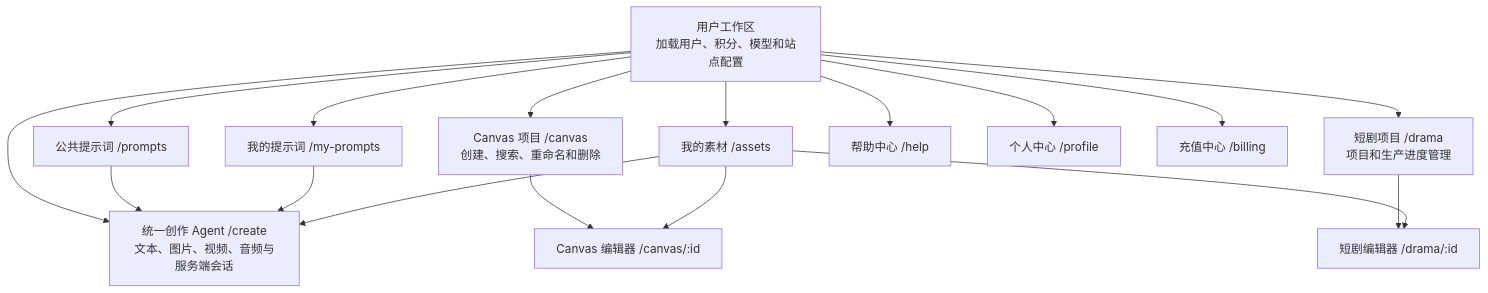
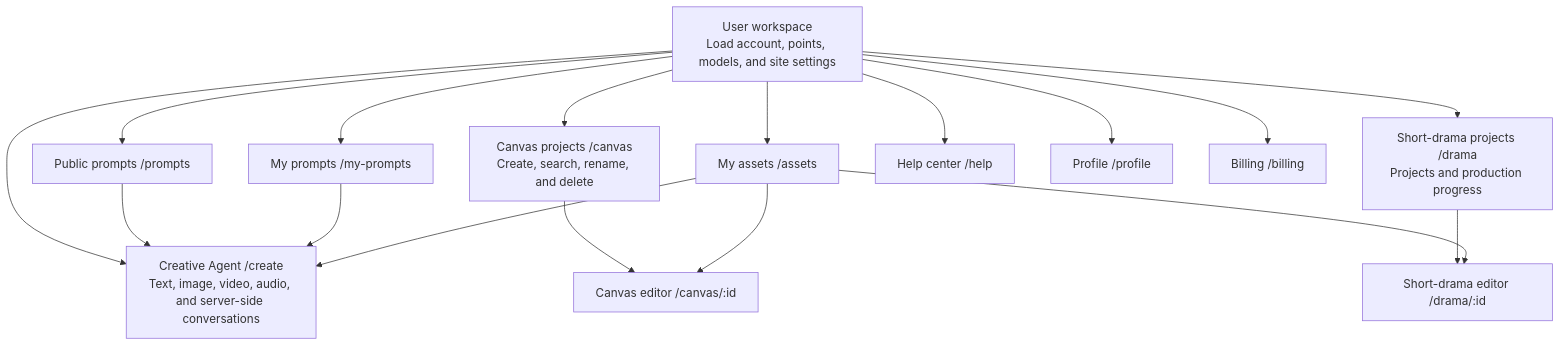
The second of 9 diagrams in README.md (fandy20082008/GoldCube), drawn with Mermaid before and after one commit. The commit also changed other lines of this file, not shown here.

````diff
--- a/README.md
+++ b/README.md
@@ -101,25 +100,25 @@
 ```mermaid
 flowchart TB
-    USER["用户工作区<br/>加载用户、积分、模型和站点配置"]
+    USER["User workspace<br/>Load account, points, models, and site settings"]
 
-    USER --> CREATE["统一创作 Agent /create<br/>文本、图片、视频、音频与服务端会话"]
+    USER --> CREATE["Creative Agent /create<br/>Text, image, video, audio, and server-side conversations"]
 
-    USER --> CANVAS["Canvas 项目 /canvas<br/>创建、搜索、重命名和删除"]
-    CANVAS --> CANVAS_ID["Canvas 编辑器 /canvas/:id"]
+    USER --> CANVAS["Canvas projects /canvas<br/>Create, search, rename, and delete"]
+    CANVAS --> CANVAS_ID["Canvas editor /canvas/:id"]
 
-    USER --> DRAMA["短剧项目 /drama<br/>项目和生产进度管理"]
-    DRAMA --> DRAMA_ID["短剧编辑器 /drama/:id"]
+    USER --> DRAMA["Short-drama projects /drama<br/>Projects and production progress"]
+    DRAMA --> DRAMA_ID["Short-drama editor /drama/:id"]
 
-    USER --> PROMPTS["公共提示词 /prompts"]
-    USER --> MY_PROMPTS["我的提示词 /my-prompts"]
-    USER --> ASSETS["我的素材 /assets"]
-    USER --> HELP["帮助中心 /help"]
-    USER --> PROFILE["个人中心 /profile"]
-    USER --> BILLING["充值中心 /billing"]
+    USER --> PROMPTS["Public prompts /prompts"]
+    USER --> MY_PROMPTS["My prompts /my-prompts"]
+    USER --> ASSETS["My assets /assets"]
+    USER --> HELP["Help center /help"]
+    USER --> PROFILE["Profile /profile"]
+    USER --> BILLING["Billing /billing"]
 
     PROMPTS --> CREATE
     MY_PROMPTS --> CREATE
     ASSETS --> CREATE
     ASSETS --> CANVAS_ID
     ASSETS --> DRAMA_ID
 ```
````
